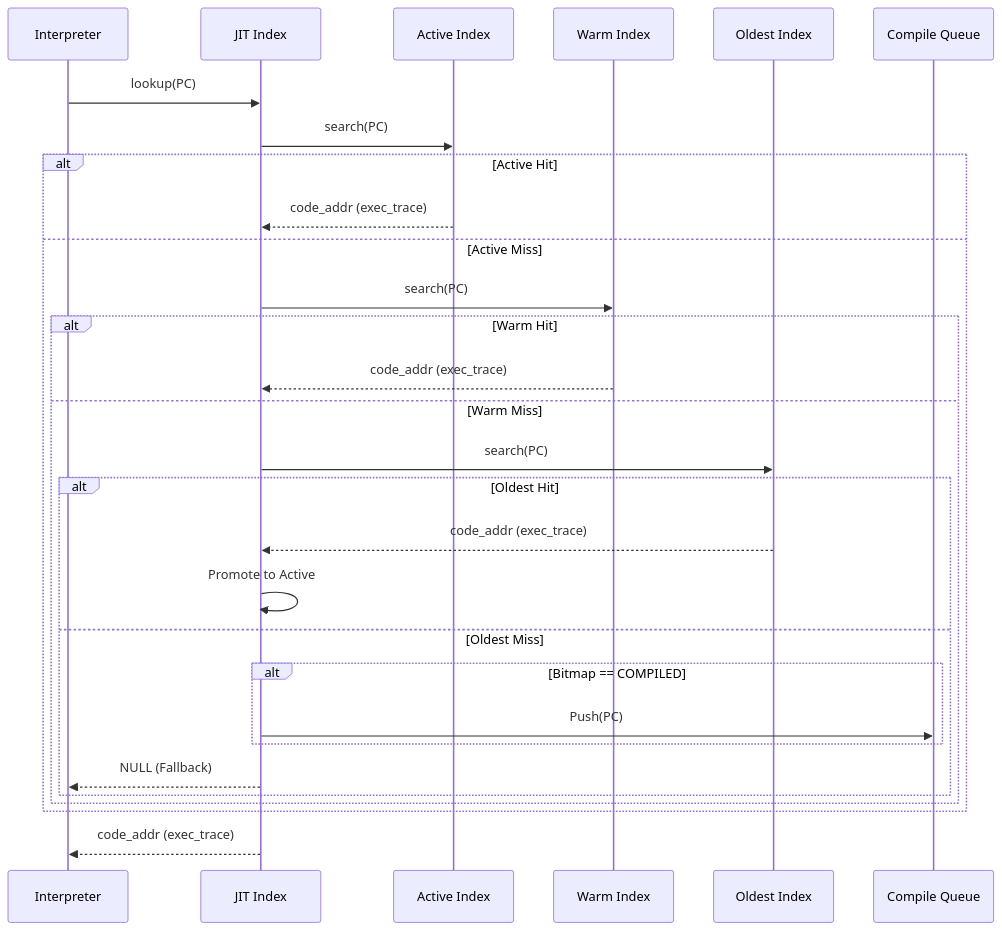
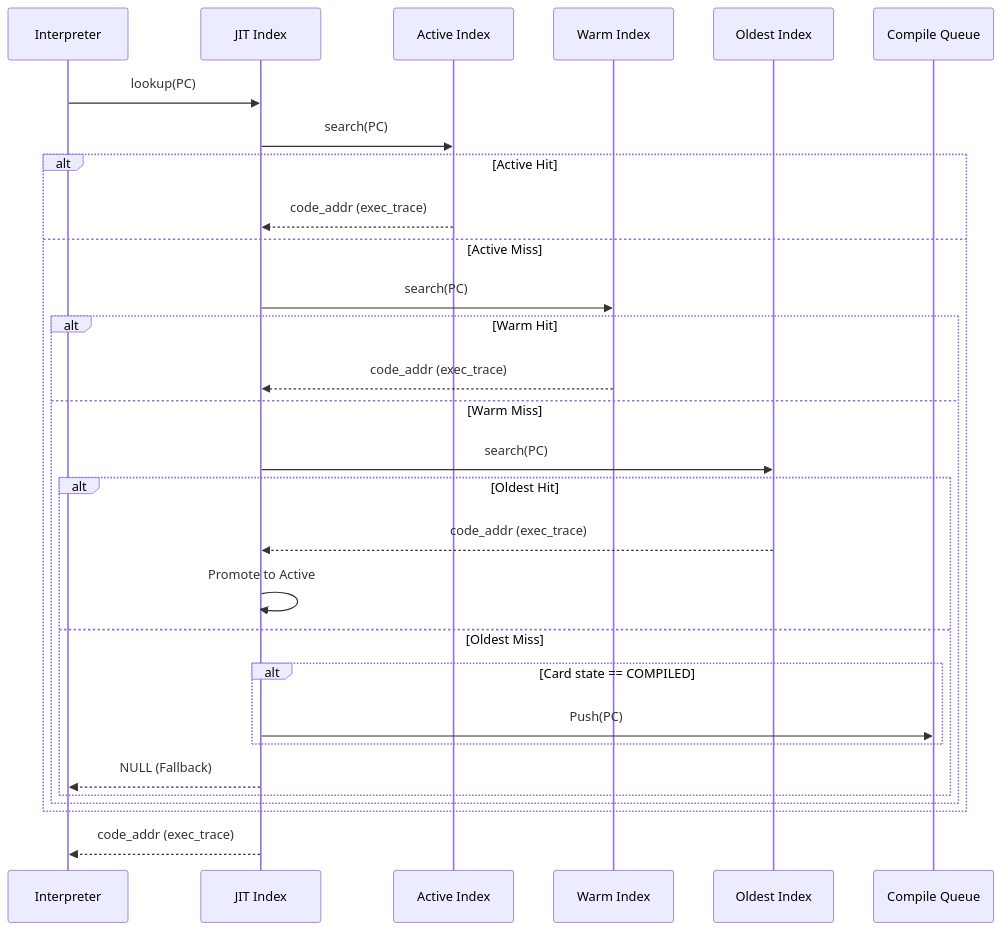
Before and after one commit to kmt-t/fireball: the second of 2 diagrams in docs/components/tier3_jit/jit_runtime_entry.md, drawn with Mermaid. The commit also changed other lines of this file and 7 other files, not shown here.

````diff
--- a/docs/components/tier3_jit/jit_runtime_entry.md
+++ b/docs/components/tier3_jit/jit_runtime_entry.md
@@ -55,32 +51,32 @@
 ```mermaid
 sequenceDiagram
     participant I as Interpreter
     participant M as JIT Index
     participant A as Active Index
     participant W as Warm Index
     participant O as Oldest Index
     participant Q as Compile Queue
 
     I->>M: lookup(PC)
     M->>A: search(PC)
     alt Active Hit
         A-->>M: code_addr (exec_trace)
     else Active Miss
         M->>W: search(PC)
         alt Warm Hit
             W-->>M: code_addr (exec_trace)
         else Warm Miss
             M->>O: search(PC)
             alt Oldest Hit
                 O-->>M: code_addr (exec_trace)
                 M->>M: Promote to Active
             else Oldest Miss
-                alt Bitmap == COMPILED
+                alt Card state == COMPILED
                     M->>Q: Push(PC)
                 end
                 M-->>I: NULL (Fallback)
             end
         end
     end
     M-->>I: code_addr (exec_trace)
 ```
````
